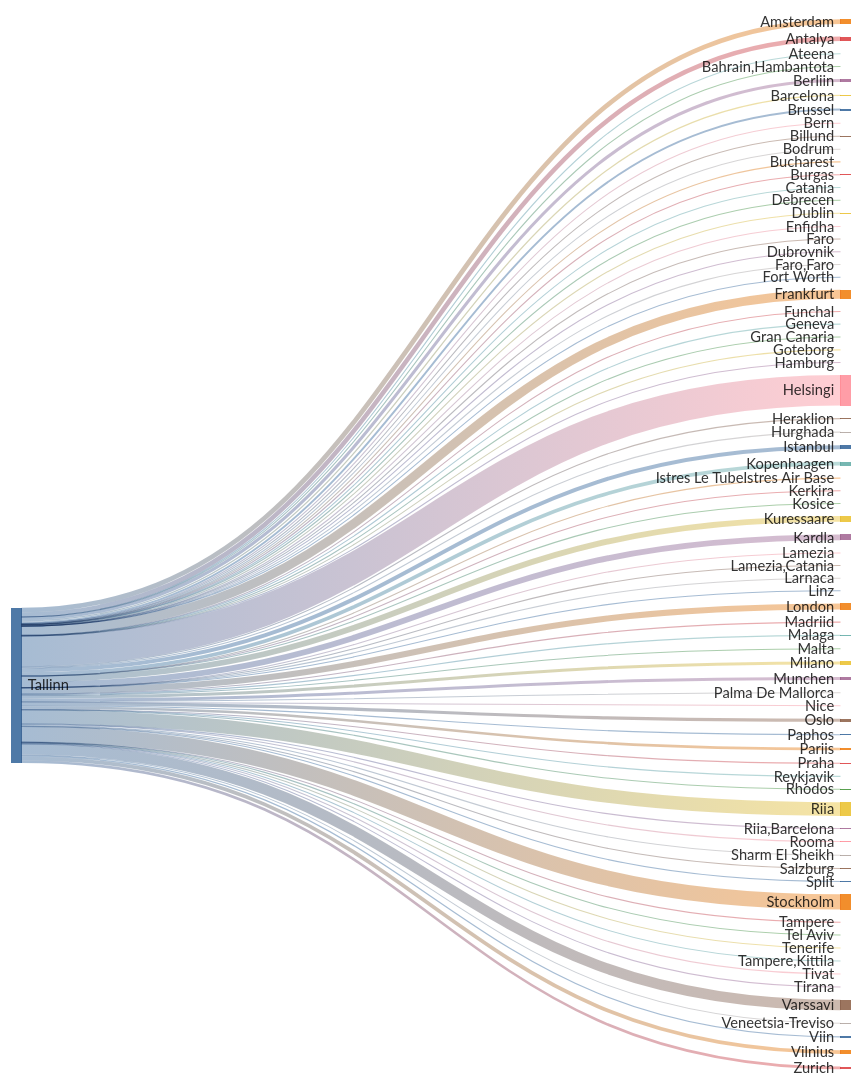
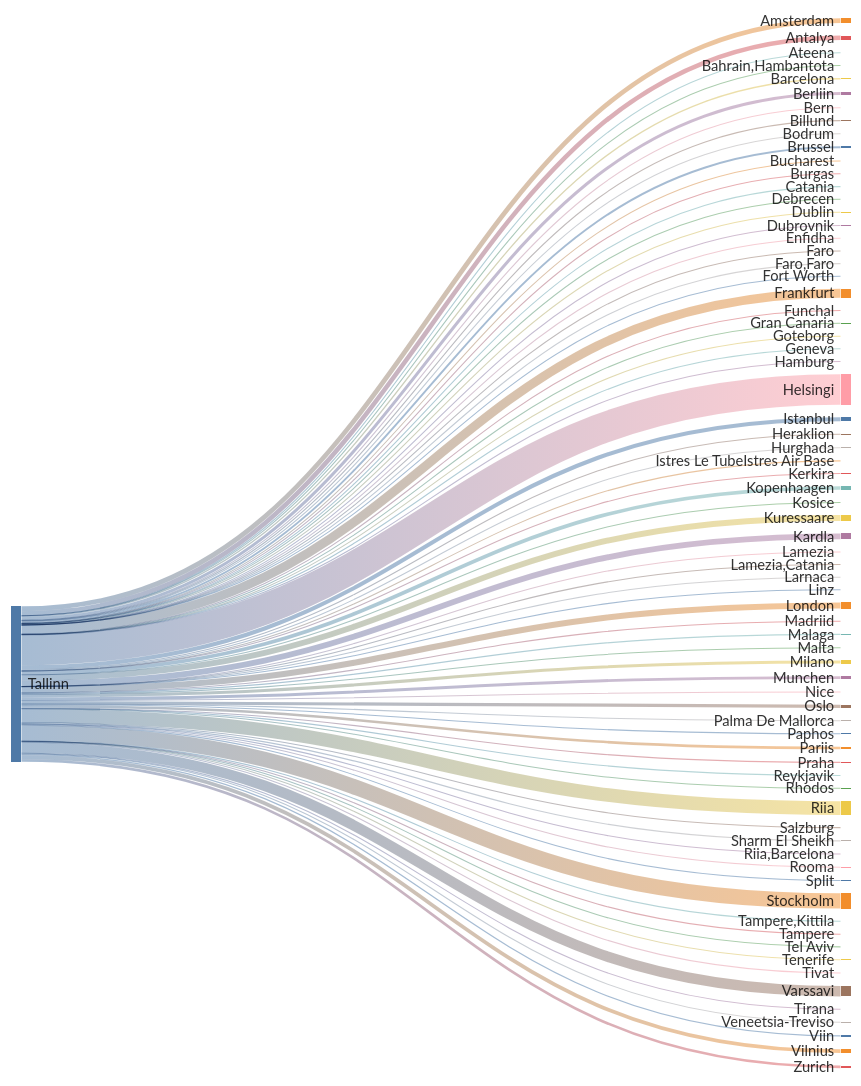
Before and after one commit to rainermesi/tll-airport-departures: the second of 2 diagrams in README.md, drawn with Mermaid. The commit also changed other lines of this file and 1 other file, not shown here.

````diff
--- a/README.md
+++ b/README.md
@@ -41,18 +41,18 @@
 ---
 sankey-beta
 %% source,target,value
-Tallinn,Amsterdam,395
-Tallinn,Antalya,376
+Tallinn,Amsterdam,397
+Tallinn,Antalya,378
 Tallinn,Ateena,16
 Tallinn,"Bahrain,Hambantota",1
-Tallinn,Barcelona,109
+Tallinn,Barcelona,111
 Tallinn,Berliin,256
 Tallinn,Bern,1
-Tallinn,Billund,64
+Tallinn,Billund,65
 Tallinn,Bodrum,11
 Tallinn,Brussel,162
 Tallinn,Bucharest,1
-Tallinn,Burgas,40
+Tallinn,Burgas,41
 Tallinn,Catania,2
 Tallinn,Debrecen,1
 Tallinn,Dublin,82
@@ -61,58 +61,58 @@
 Tallinn,Faro,4
 Tallinn,"Faro,Faro",1
 Tallinn,Fort Worth,1
-Tallinn,Frankfurt,749
+Tallinn,Frankfurt,752
 Tallinn,Funchal,5
 Tallinn,Geneva,13
 Tallinn,Gran Canaria,38
 Tallinn,Goteborg,1
 Tallinn,Hamburg,2
-Tallinn,Helsingi,2541
-Tallinn,Heraklion,74
+Tallinn,Helsingi,2550
+Tallinn,Heraklion,75
 Tallinn,Hurghada,75
-Tallinn,Istanbul,335
+Tallinn,Istanbul,336
 Tallinn,Istres Le TubeIstres Air Base,2
 Tallinn,Kerkira,4
 Tallinn,Kopenhaagen,310
 Tallinn,Kosice,1
-Tallinn,Kuressaare,487
-Tallinn,Kardla,487
+Tallinn,Kuressaare,488
+Tallinn,Kardla,488
 Tallinn,Lamezia,1
 Tallinn,"Lamezia,Catania",3
 Tallinn,Larnaca,4
 Tallinn,Linz,2
-Tallinn,London,509
+Tallinn,London,510
 Tallinn,Madriid,1
-Tallinn,Malaga,100
-Tallinn,Malta,22
+Tallinn,Malaga,101
+Tallinn,Malta,23
 Tallinn,Milano,259
 Tallinn,Munchen,245
 Tallinn,Nice,39
 Tallinn,Oslo,262
-Tallinn,Palma De Mallorca,26
+Tallinn,Palma De Mallorca,27
 Tallinn,Paphos,66
 Tallinn,Pariis,214
 Tallinn,Praha,67
-Tallinn,Reykjavik,7
+Tallinn,Reykjavik,8
 Tallinn,Rhodos,47
-Tallinn,Riia,1142
+Tallinn,Riia,1146
 Tallinn,"Riia,Barcelona",1
 Tallinn,Rooma,80
 Tallinn,Salzburg,14
 Tallinn,Sharm El Sheikh,97
 Tallinn,Split,40
-Tallinn,Stockholm,1275
+Tallinn,Stockholm,1278
 Tallinn,Tampere,17
 Tallinn,"Tampere,Kittila",21
 Tallinn,Tel Aviv,1
 Tallinn,Tenerife,58
 Tallinn,Tirana,21
 Tallinn,Tivat,47
-Tallinn,Varssavi,877
+Tallinn,Varssavi,880
 Tallinn,Veneetsia-Treviso,67
 Tallinn,Viin,106
 Tallinn,Vilnius,315
-Tallinn,Zurich,219
+Tallinn,Zurich,220
 
 
 ```
````
